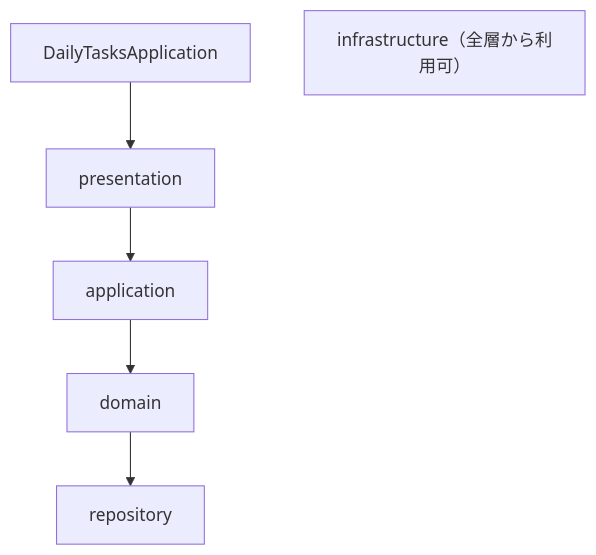
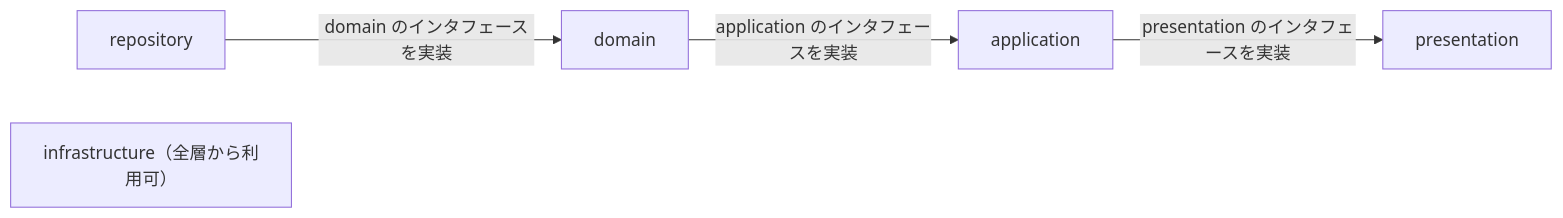
Before and after one commit to KenichiroArai/daily-tasks-git: the second of 2 diagrams in AGENTS.md, drawn with Mermaid. The commit also changed other lines of this file and 138 other files, not shown here.

````diff
--- a/AGENTS.md
+++ b/AGENTS.md
@@ -106,8 +121,7 @@
 ```mermaid
-flowchart TD
-    entryPoint[DailyTasksApplication] --> presentation
-    presentation --> application
-    application --> domain
-    domain --> repository
+flowchart LR
+    repository -->|"domain のインタフェースを実装"| domain
+    domain -->|"application のインタフェースを実装"| application
+    application -->|"presentation のインタフェースを実装"| presentation
     infrastructure["infrastructure（全層から利用可）"]
 ```
````
